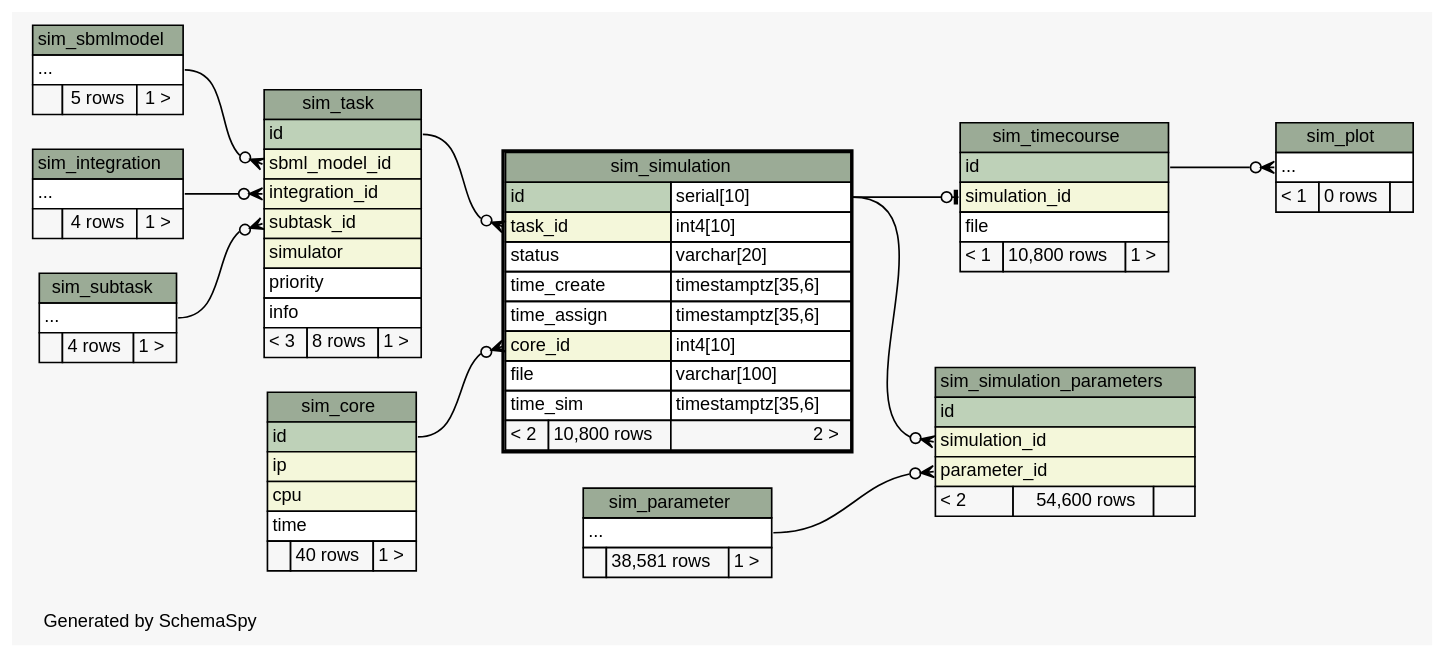
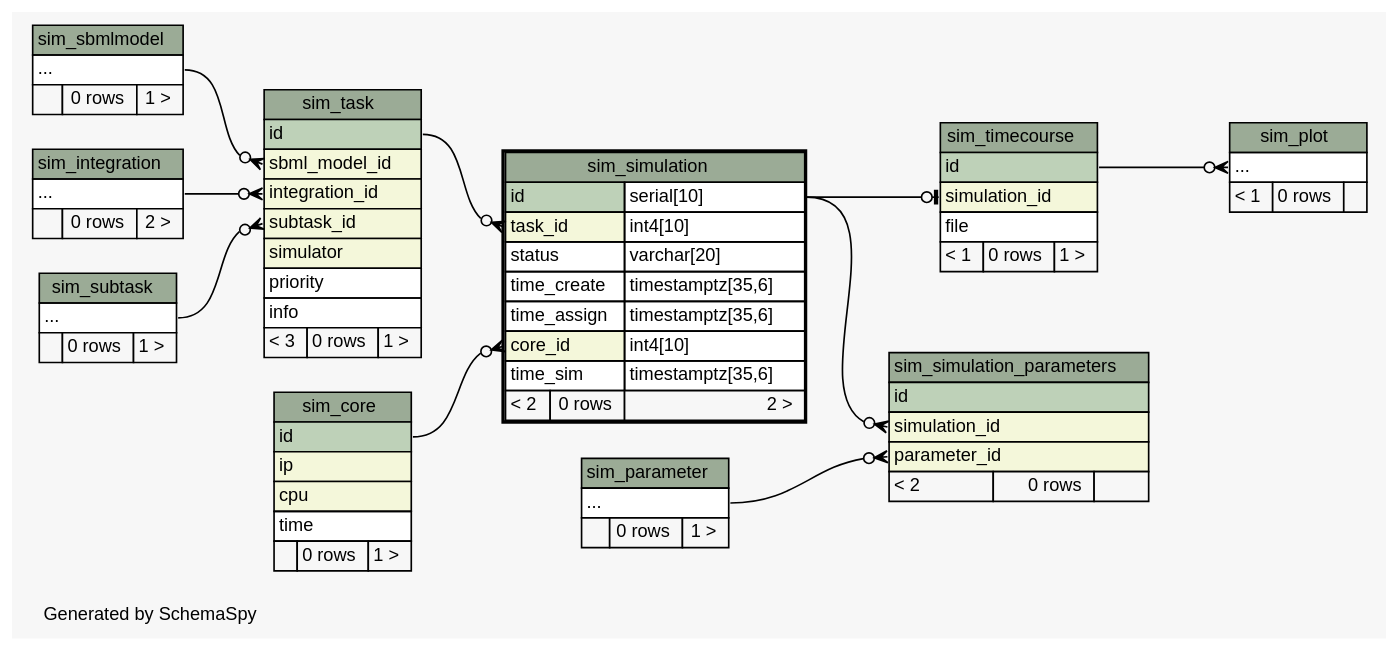
Before and after one commit to jingyayeah/multiscale-galactose: the diagram in database/schema/diagrams/sim_simulation.2degrees.dot, drawn with Graphviz. The commit also changed 108 other files, not shown here.

Commit message:
Updated database schema for the general implementation of integration settings

```diff
--- a/database/schema/diagrams/sim_simulation.2degrees.dot
+++ b/database/schema/diagrams/sim_simulation.2degrees.dot
@@ -1,151 +1,150 @@
 // dot 2.26.3 on Linux 3.11.0-12-generic
 // SchemaSpy rev 590
 digraph "twoDegreesRelationshipsDiagram" {
   graph [
     rankdir="RL"
     bgcolor="#f7f7f7"
     label="\nGenerated by SchemaSpy"
     labeljust="l"
     nodesep="0.18"
     ranksep="0.46"
     fontname="Helvetica"
     fontsize="11"
   ];
   node [
     fontname="Helvetica"
     fontsize="11"
     shape="plaintext"
   ];
   edge [
     arrowsize="0.8"
   ];
   "sim_plot":"elipses":w -> "sim_timecourse":"id":e [arrowhead=none dir=back arrowtail=crowodot];
   "sim_simulation":"core_id":w -> "sim_core":"id":e [arrowhead=none dir=back arrowtail=crowodot];
   "sim_simulation":"task_id":w -> "sim_task":"id":e [arrowhead=none dir=back arrowtail=crowodot];
   "sim_simulation_parameters":"parameter_id":w -> "sim_parameter":"elipses":e [arrowhead=none dir=back arrowtail=crowodot];
   "sim_simulation_parameters":"simulation_id":w -> "sim_simulation":"id.type":e [arrowhead=none dir=back arrowtail=crowodot];
   "sim_task":"integration_id":w -> "sim_integration":"elipses":e [arrowhead=none dir=back arrowtail=crowodot];
   "sim_task":"sbml_model_id":w -> "sim_sbmlmodel":"elipses":e [arrowhead=none dir=back arrowtail=crowodot];
   "sim_task":"subtask_id":w -> "sim_subtask":"elipses":e [arrowhead=none dir=back arrowtail=crowodot];
   "sim_timecourse":"simulation_id":w -> "sim_simulation":"id.type":e [arrowhead=none dir=back arrowtail=teeodot];
   "sim_core" [
     label=<
     <TABLE BORDER="0" CELLBORDER="1" CELLSPACING="0" BGCOLOR="#ffffff">
       <TR><TD COLSPAN="3" BGCOLOR="#9bab96" ALIGN="CENTER">sim_core</TD></TR>
       <TR><TD PORT="id" COLSPAN="3" BGCOLOR="#bed1b8" ALIGN="LEFT">id</TD></TR>
       <TR><TD PORT="ip" COLSPAN="3" BGCOLOR="#f4f7da" ALIGN="LEFT">ip</TD></TR>
       <TR><TD PORT="cpu" COLSPAN="3" BGCOLOR="#f4f7da" ALIGN="LEFT">cpu</TD></TR>
       <TR><TD PORT="time" COLSPAN="3" ALIGN="LEFT">time</TD></TR>
-      <TR><TD ALIGN="LEFT" BGCOLOR="#f7f7f7">  </TD><TD ALIGN="RIGHT" BGCOLOR="#f7f7f7">40 rows</TD><TD ALIGN="RIGHT" BGCOLOR="#f7f7f7">1 &gt;</TD></TR>
+      <TR><TD ALIGN="LEFT" BGCOLOR="#f7f7f7">  </TD><TD ALIGN="RIGHT" BGCOLOR="#f7f7f7">0 rows</TD><TD ALIGN="RIGHT" BGCOLOR="#f7f7f7">1 &gt;</TD></TR>
     </TABLE>>
     URL="sim_core.html"
     tooltip="sim_core"
   ];
   "sim_integration" [
     label=<
     <TABLE BORDER="0" CELLBORDER="1" CELLSPACING="0" BGCOLOR="#ffffff">
       <TR><TD COLSPAN="3" BGCOLOR="#9bab96" ALIGN="CENTER">sim_integration</TD></TR>
       <TR><TD PORT="elipses" COLSPAN="3" ALIGN="LEFT">...</TD></TR>
-      <TR><TD ALIGN="LEFT" BGCOLOR="#f7f7f7">  </TD><TD ALIGN="RIGHT" BGCOLOR="#f7f7f7">4 rows</TD><TD ALIGN="RIGHT" BGCOLOR="#f7f7f7">1 &gt;</TD></TR>
+      <TR><TD ALIGN="LEFT" BGCOLOR="#f7f7f7">  </TD><TD ALIGN="RIGHT" BGCOLOR="#f7f7f7">0 rows</TD><TD ALIGN="RIGHT" BGCOLOR="#f7f7f7">2 &gt;</TD></TR>
     </TABLE>>
     URL="sim_integration.html"
     tooltip="sim_integration"
   ];
   "sim_parameter" [
     label=<
     <TABLE BORDER="0" CELLBORDER="1" CELLSPACING="0" BGCOLOR="#ffffff">
       <TR><TD COLSPAN="3" BGCOLOR="#9bab96" ALIGN="CENTER">sim_parameter</TD></TR>
       <TR><TD PORT="elipses" COLSPAN="3" ALIGN="LEFT">...</TD></TR>
-      <TR><TD ALIGN="LEFT" BGCOLOR="#f7f7f7">  </TD><TD ALIGN="RIGHT" BGCOLOR="#f7f7f7">38,581 rows</TD><TD ALIGN="RIGHT" BGCOLOR="#f7f7f7">1 &gt;</TD></TR>
+      <TR><TD ALIGN="LEFT" BGCOLOR="#f7f7f7">  </TD><TD ALIGN="RIGHT" BGCOLOR="#f7f7f7">0 rows</TD><TD ALIGN="RIGHT" BGCOLOR="#f7f7f7">1 &gt;</TD></TR>
     </TABLE>>
     URL="sim_parameter.html"
     tooltip="sim_parameter"
   ];
   "sim_plot" [
     label=<
     <TABLE BORDER="0" CELLBORDER="1" CELLSPACING="0" BGCOLOR="#ffffff">
       <TR><TD COLSPAN="3" BGCOLOR="#9bab96" ALIGN="CENTER">sim_plot</TD></TR>
       <TR><TD PORT="elipses" COLSPAN="3" ALIGN="LEFT">...</TD></TR>
       <TR><TD ALIGN="LEFT" BGCOLOR="#f7f7f7">&lt; 1</TD><TD ALIGN="RIGHT" BGCOLOR="#f7f7f7">0 rows</TD><TD ALIGN="RIGHT" BGCOLOR="#f7f7f7">  </TD></TR>
     </TABLE>>
     URL="sim_plot.html"
     tooltip="sim_plot"
   ];
   "sim_sbmlmodel" [
     label=<
     <TABLE BORDER="0" CELLBORDER="1" CELLSPACING="0" BGCOLOR="#ffffff">
       <TR><TD COLSPAN="3" BGCOLOR="#9bab96" ALIGN="CENTER">sim_sbmlmodel</TD></TR>
       <TR><TD PORT="elipses" COLSPAN="3" ALIGN="LEFT">...</TD></TR>
-      <TR><TD ALIGN="LEFT" BGCOLOR="#f7f7f7">  </TD><TD ALIGN="RIGHT" BGCOLOR="#f7f7f7">5 rows</TD><TD ALIGN="RIGHT" BGCOLOR="#f7f7f7">1 &gt;</TD></TR>
+      <TR><TD ALIGN="LEFT" BGCOLOR="#f7f7f7">  </TD><TD ALIGN="RIGHT" BGCOLOR="#f7f7f7">0 rows</TD><TD ALIGN="RIGHT" BGCOLOR="#f7f7f7">1 &gt;</TD></TR>
     </TABLE>>
     URL="sim_sbmlmodel.html"
     tooltip="sim_sbmlmodel"
   ];
   "sim_simulation" [
     label=<
     <TABLE BORDER="2" CELLBORDER="1" CELLSPACING="0" BGCOLOR="#ffffff">
       <TR><TD COLSPAN="3" BGCOLOR="#9bab96" ALIGN="CENTER">sim_simulation</TD></TR>
       <TR><TD PORT="id" COLSPAN="2" BGCOLOR="#bed1b8" ALIGN="LEFT">id</TD><TD PORT="id.type" ALIGN="LEFT">serial[10]</TD></TR>
       <TR><TD PORT="task_id" COLSPAN="2" BGCOLOR="#f4f7da" ALIGN="LEFT">task_id</TD><TD PORT="task_id.type" ALIGN="LEFT">int4[10]</TD></TR>
       <TR><TD PORT="status" COLSPAN="2" ALIGN="LEFT">status</TD><TD PORT="status.type" ALIGN="LEFT">varchar[20]</TD></TR>
       <TR><TD PORT="time_create" COLSPAN="2" ALIGN="LEFT">time_create</TD><TD PORT="time_create.type" ALIGN="LEFT">timestamptz[35,6]</TD></TR>
       <TR><TD PORT="time_assign" COLSPAN="2" ALIGN="LEFT">time_assign</TD><TD PORT="time_assign.type" ALIGN="LEFT">timestamptz[35,6]</TD></TR>
       <TR><TD PORT="core_id" COLSPAN="2" BGCOLOR="#f4f7da" ALIGN="LEFT">core_id</TD><TD PORT="core_id.type" ALIGN="LEFT">int4[10]</TD></TR>
-      <TR><TD PORT="file" COLSPAN="2" ALIGN="LEFT">file</TD><TD PORT="file.type" ALIGN="LEFT">varchar[100]</TD></TR>
       <TR><TD PORT="time_sim" COLSPAN="2" ALIGN="LEFT">time_sim</TD><TD PORT="time_sim.type" ALIGN="LEFT">timestamptz[35,6]</TD></TR>
-      <TR><TD ALIGN="LEFT" BGCOLOR="#f7f7f7">&lt; 2</TD><TD ALIGN="RIGHT" BGCOLOR="#f7f7f7">10,800 rows</TD><TD ALIGN="RIGHT" BGCOLOR="#f7f7f7">2 &gt;</TD></TR>
+      <TR><TD ALIGN="LEFT" BGCOLOR="#f7f7f7">&lt; 2</TD><TD ALIGN="RIGHT" BGCOLOR="#f7f7f7">0 rows</TD><TD ALIGN="RIGHT" BGCOLOR="#f7f7f7">2 &gt;</TD></TR>
     </TABLE>>
     URL="sim_simulation.html"
     tooltip="sim_simulation"
   ];
   "sim_simulation_parameters" [
     label=<
     <TABLE BORDER="0" CELLBORDER="1" CELLSPACING="0" BGCOLOR="#ffffff">
       <TR><TD COLSPAN="3" BGCOLOR="#9bab96" ALIGN="CENTER">sim_simulation_parameters</TD></TR>
       <TR><TD PORT="id" COLSPAN="3" BGCOLOR="#bed1b8" ALIGN="LEFT">id</TD></TR>
       <TR><TD PORT="simulation_id" COLSPAN="3" BGCOLOR="#f4f7da" ALIGN="LEFT">simulation_id</TD></TR>
       <TR><TD PORT="parameter_id" COLSPAN="3" BGCOLOR="#f4f7da" ALIGN="LEFT">parameter_id</TD></TR>
-      <TR><TD ALIGN="LEFT" BGCOLOR="#f7f7f7">&lt; 2</TD><TD ALIGN="RIGHT" BGCOLOR="#f7f7f7">54,600 rows</TD><TD ALIGN="RIGHT" BGCOLOR="#f7f7f7">  </TD></TR>
+      <TR><TD ALIGN="LEFT" BGCOLOR="#f7f7f7">&lt; 2</TD><TD ALIGN="RIGHT" BGCOLOR="#f7f7f7">0 rows</TD><TD ALIGN="RIGHT" BGCOLOR="#f7f7f7">  </TD></TR>
     </TABLE>>
     URL="sim_simulation_parameters.html"
     tooltip="sim_simulation_parameters"
   ];
   "sim_subtask" [
     label=<
     <TABLE BORDER="0" CELLBORDER="1" CELLSPACING="0" BGCOLOR="#ffffff">
       <TR><TD COLSPAN="3" BGCOLOR="#9bab96" ALIGN="CENTER">sim_subtask</TD></TR>
       <TR><TD PORT="elipses" COLSPAN="3" ALIGN="LEFT">...</TD></TR>
-      <TR><TD ALIGN="LEFT" BGCOLOR="#f7f7f7">  </TD><TD ALIGN="RIGHT" BGCOLOR="#f7f7f7">4 rows</TD><TD ALIGN="RIGHT" BGCOLOR="#f7f7f7">1 &gt;</TD></TR>
+      <TR><TD ALIGN="LEFT" BGCOLOR="#f7f7f7">  </TD><TD ALIGN="RIGHT" BGCOLOR="#f7f7f7">0 rows</TD><TD ALIGN="RIGHT" BGCOLOR="#f7f7f7">1 &gt;</TD></TR>
     </TABLE>>
     URL="sim_subtask.html"
     tooltip="sim_subtask"
   ];
   "sim_task" [
     label=<
     <TABLE BORDER="0" CELLBORDER="1" CELLSPACING="0" BGCOLOR="#ffffff">
       <TR><TD COLSPAN="3" BGCOLOR="#9bab96" ALIGN="CENTER">sim_task</TD></TR>
       <TR><TD PORT="id" COLSPAN="3" BGCOLOR="#bed1b8" ALIGN="LEFT">id</TD></TR>
       <TR><TD PORT="sbml_model_id" COLSPAN="3" BGCOLOR="#f4f7da" ALIGN="LEFT">sbml_model_id</TD></TR>
       <TR><TD PORT="integration_id" COLSPAN="3" BGCOLOR="#f4f7da" ALIGN="LEFT">integration_id</TD></TR>
       <TR><TD PORT="subtask_id" COLSPAN="3" BGCOLOR="#f4f7da" ALIGN="LEFT">subtask_id</TD></TR>
       <TR><TD PORT="simulator" COLSPAN="3" BGCOLOR="#f4f7da" ALIGN="LEFT">simulator</TD></TR>
       <TR><TD PORT="priority" COLSPAN="3" ALIGN="LEFT">priority</TD></TR>
       <TR><TD PORT="info" COLSPAN="3" ALIGN="LEFT">info</TD></TR>
-      <TR><TD ALIGN="LEFT" BGCOLOR="#f7f7f7">&lt; 3</TD><TD ALIGN="RIGHT" BGCOLOR="#f7f7f7">8 rows</TD><TD ALIGN="RIGHT" BGCOLOR="#f7f7f7">1 &gt;</TD></TR>
+      <TR><TD ALIGN="LEFT" BGCOLOR="#f7f7f7">&lt; 3</TD><TD ALIGN="RIGHT" BGCOLOR="#f7f7f7">0 rows</TD><TD ALIGN="RIGHT" BGCOLOR="#f7f7f7">1 &gt;</TD></TR>
     </TABLE>>
     URL="sim_task.html"
     tooltip="sim_task"
   ];
   "sim_timecourse" [
     label=<
     <TABLE BORDER="0" CELLBORDER="1" CELLSPACING="0" BGCOLOR="#ffffff">
       <TR><TD COLSPAN="3" BGCOLOR="#9bab96" ALIGN="CENTER">sim_timecourse</TD></TR>
       <TR><TD PORT="id" COLSPAN="3" BGCOLOR="#bed1b8" ALIGN="LEFT">id</TD></TR>
       <TR><TD PORT="simulation_id" COLSPAN="3" BGCOLOR="#f4f7da" ALIGN="LEFT">simulation_id</TD></TR>
       <TR><TD PORT="file" COLSPAN="3" ALIGN="LEFT">file</TD></TR>
-      <TR><TD ALIGN="LEFT" BGCOLOR="#f7f7f7">&lt; 1</TD><TD ALIGN="RIGHT" BGCOLOR="#f7f7f7">10,800 rows</TD><TD ALIGN="RIGHT" BGCOLOR="#f7f7f7">1 &gt;</TD></TR>
+      <TR><TD ALIGN="LEFT" BGCOLOR="#f7f7f7">&lt; 1</TD><TD ALIGN="RIGHT" BGCOLOR="#f7f7f7">0 rows</TD><TD ALIGN="RIGHT" BGCOLOR="#f7f7f7">1 &gt;</TD></TR>
     </TABLE>>
     URL="sim_timecourse.html"
     tooltip="sim_timecourse"
   ];
 }
```
